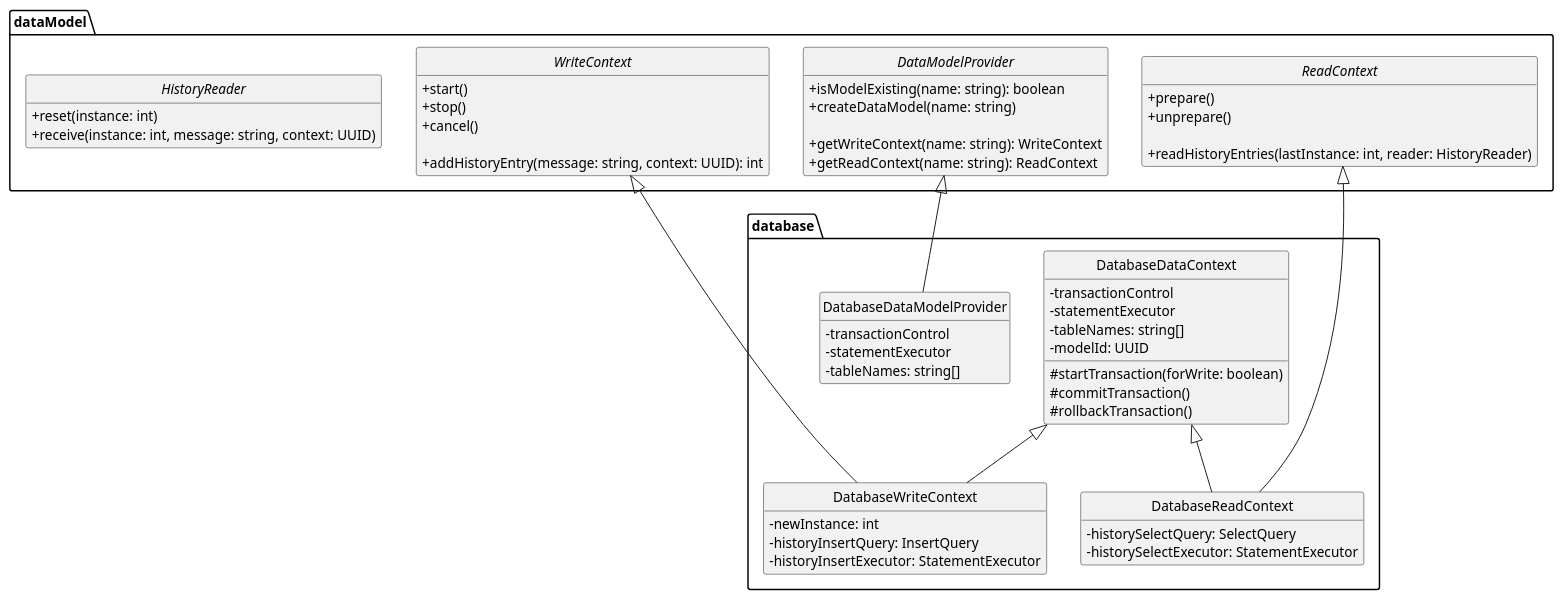
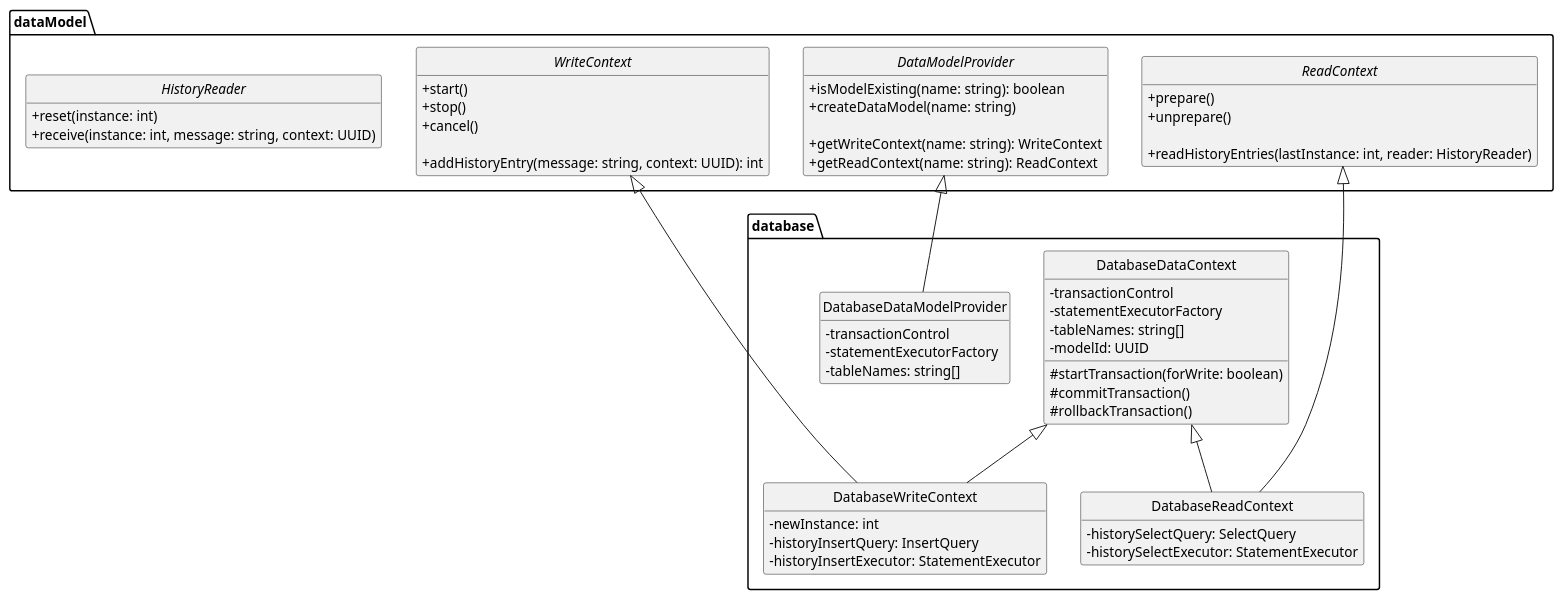
One commit to dertseha/eve-upro changed the diagram in eve-upro/uml/DataModel.plantuml. Above: the diagram before and after it, drawn with PlantUML.

Commit message:
#5 minor correction (statementExecutorFactory in base context classes)

```diff
--- a/eve-upro/uml/DataModel.plantuml
+++ b/eve-upro/uml/DataModel.plantuml
@@ -1,75 +1,75 @@
 @startuml
 skinparam classAttributeIconSize 0
 hide empty members
 hide circle
 
 package dataModel {
 
 interface WriteContext {
    + start()
    + stop()
    + cancel()
    
    + addHistoryEntry(message: string, context: UUID): int
 }
 
 interface DataModelProvider {
    + isModelExisting(name: string): boolean
    + createDataModel(name: string)
 
    + getWriteContext(name: string): WriteContext
    + getReadContext(name: string): ReadContext
 }
 
 interface ReadContext {
    + prepare()
    + unprepare()
    
    + readHistoryEntries(lastInstance: int, reader: HistoryReader) 
 }
 
 interface HistoryReader {
    + reset(instance: int)
    + receive(instance: int, message: string, context: UUID)
 }
 
 }
 
 package database {
 class DatabaseDataContext {
    - transactionControl
-   - statementExecutor
+   - statementExecutorFactory
    - tableNames: string[]
    - modelId: UUID
    # startTransaction(forWrite: boolean)
    # commitTransaction()
    # rollbackTransaction()
 }
 
 class DatabaseWriteContext {
    - newInstance: int
    - historyInsertQuery: InsertQuery
    - historyInsertExecutor: StatementExecutor
 }
 
 class DatabaseReadContext {
    - historySelectQuery: SelectQuery
    - historySelectExecutor: StatementExecutor
 }
 
 class DatabaseDataModelProvider {
    - transactionControl
-   - statementExecutor
+   - statementExecutorFactory
    - tableNames: string[]
 }
 
 ReadContext <|-down- DatabaseReadContext
 DatabaseDataContext <|-down- DatabaseReadContext
 DatabaseDataContext <|-down- DatabaseWriteContext
 WriteContext <|-down- DatabaseWriteContext
 
 DataModelProvider <|-down- DatabaseDataModelProvider
 
 }
 
 @enduml
```
